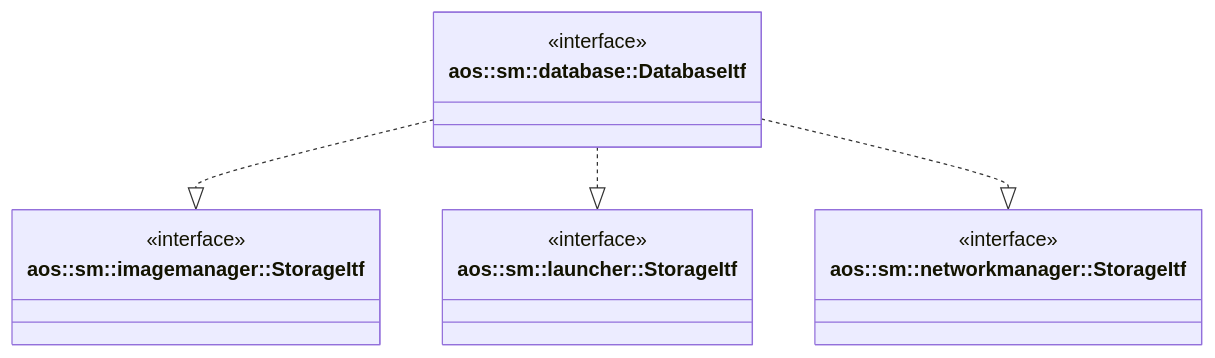
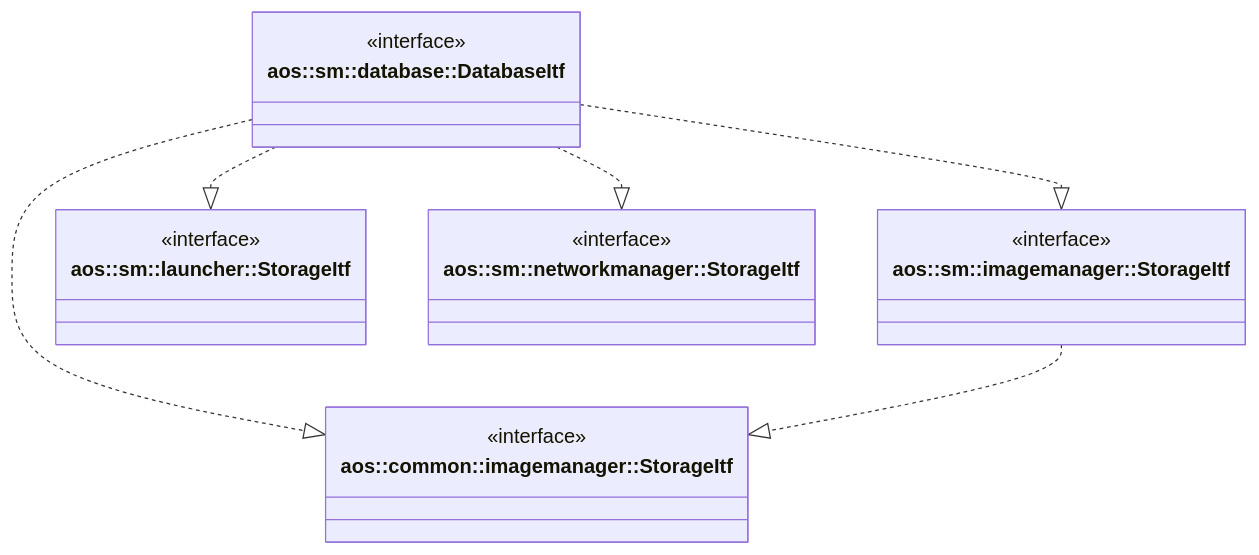
The diagram in src/core/sm/database/database.md (aosedge/aos_core_lib_cpp), drawn with Mermaid before and after one commit. The commit also changed other lines of this file and 2 other files, not shown here.

Commit message:
sm: database: inherit image manager storage virtually
DatabaseItf lists all storage interfaces the SM database implements.
common::database::Database of aos_core_cpp implements the common
image manager storage, which creates a diamond in sm::Database.
Inherit StorageItf virtually to keep a single instance of it:
StorageItf is a pure interface without data. This deviates from
MISRA C++:2023 advisory rule 13.1.1.

````diff
--- a/src/core/sm/database/database.md
+++ b/src/core/sm/database/database.md
@@ -10,22 +14,28 @@
 ```mermaid
 classDiagram
     class DatabaseItf ["aos::sm::database::DatabaseItf"] {
+        <<interface>>
+    }
+
+    class CommonImageManagerStorageItf ["aos::common::imagemanager::StorageItf"] {
         <<interface>>
     }
 
     class ImageManagerStorageItf ["aos::sm::imagemanager::StorageItf"] {
         <<interface>>
     }
 
     class LauncherStorageItf ["aos::sm::launcher::StorageItf"] {
         <<interface>>
     }
 
     class NetworkManagerStorageItf ["aos::sm::networkmanager::StorageItf"] {
         <<interface>>
     }
 
+    DatabaseItf ..|> CommonImageManagerStorageItf
     DatabaseItf ..|> ImageManagerStorageItf
+    ImageManagerStorageItf ..|> CommonImageManagerStorageItf
     DatabaseItf ..|> LauncherStorageItf
     DatabaseItf ..|> NetworkManagerStorageItf
 ```
````
